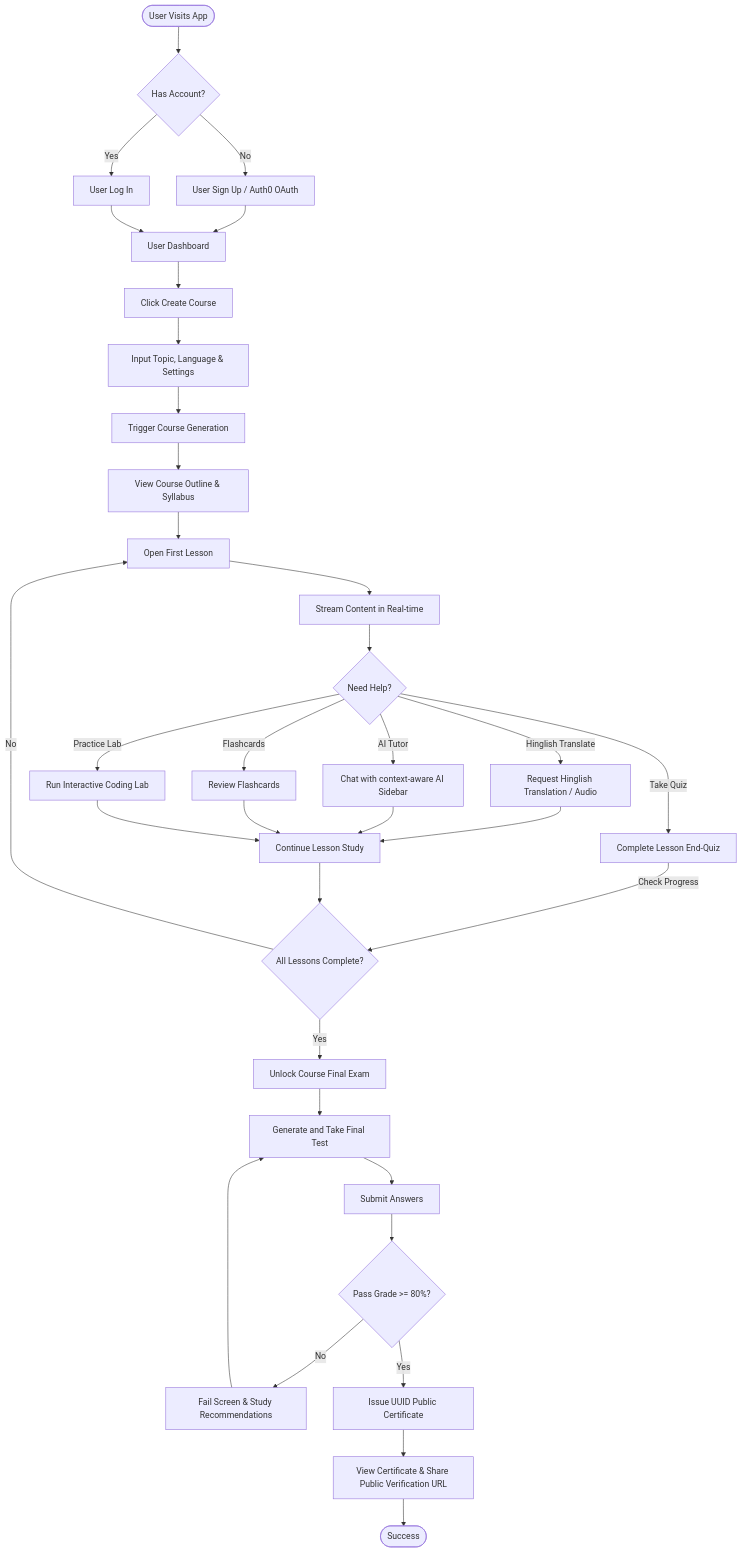
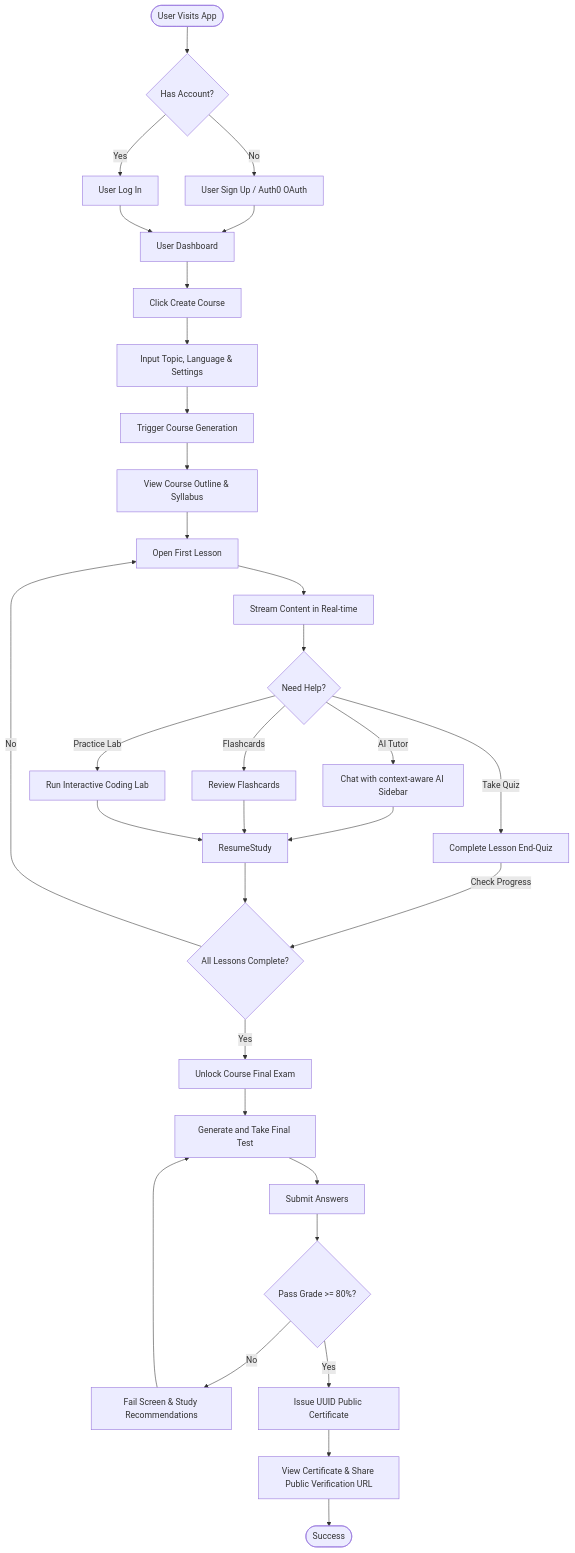
One commit to rahulpaul-07/smart-course-generator changed the diagram in docs/flows/user-flow-diagram.md. Above: the diagram before and after it, drawn with Mermaid. The commit also changed 7 other files, not shown here.

````diff
--- a/docs/flows/user-flow-diagram.md
+++ b/docs/flows/user-flow-diagram.md
@@ -7,51 +7,49 @@
 ```mermaid
 graph TD
     %% User entry and auth
     Start([User Visits App]) --> AuthDecision{Has Account?}
     AuthDecision -->|No| Register[User Sign Up / Auth0 OAuth]
     AuthDecision -->|Yes| Login[User Log In]
     
     Register --> Dashboard[User Dashboard]
     Login --> Dashboard
 
     %% Course Generation
     Dashboard --> CreateCourse[Click Create Course]
     CreateCourse --> InputTopic[Input Topic, Language & Settings]
     InputTopic --> SubmitCourse[Trigger Course Generation]
     SubmitCourse --> ViewCourse[View Course Outline & Syllabus]
 
     %% Lesson Study
     ViewCourse --> OpenLesson[Open First Lesson]
     OpenLesson --> StreamLesson[Stream Content in Real-time]
     
     %% Interactive Widgets
     StreamLesson --> Interact{Need Help?}
-    Interact -->|Hinglish Translate| ExplTool[Request Hinglish Translation / Audio]
     Interact -->|AI Tutor| Tutor[Chat with context-aware AI Sidebar]
     Interact -->|Flashcards| Cards[Review Flashcards]
     Interact -->|Practice Lab| Lab[Run Interactive Coding Lab]
     Interact -->|Take Quiz| Quiz[Complete Lesson End-Quiz]
     
-    ExplTool --> ResumeStudy[Continue Lesson Study]
     Tutor --> ResumeStudy
     Cards --> ResumeStudy
     Lab --> ResumeStudy
     Quiz -->|Check Progress| CheckProgress{All Lessons Complete?}
     
     ResumeStudy --> CheckProgress
     
     %% Certification Flow
     CheckProgress -->|No| OpenLesson
     CheckProgress -->|Yes| UnlockExam[Unlock Course Final Exam]
     
     UnlockExam --> TakeExam[Generate and Take Final Test]
     TakeExam --> SubmitExam[Submit Answers]
     SubmitExam --> GradeExam{Pass Grade >= 80%?}
     
     GradeExam -->|No| FailScreen[Fail Screen & Study Recommendations]
     GradeExam -->|Yes| EarnCert[Issue UUID Public Certificate]
     
     FailScreen --> TakeExam
     EarnCert --> ViewCert[View Certificate & Share Public Verification URL]
     ViewCert --> End([Success])
 ```
````
